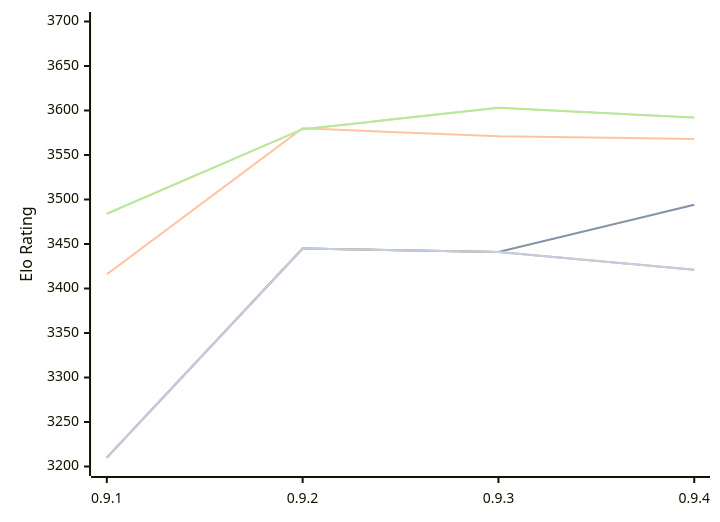
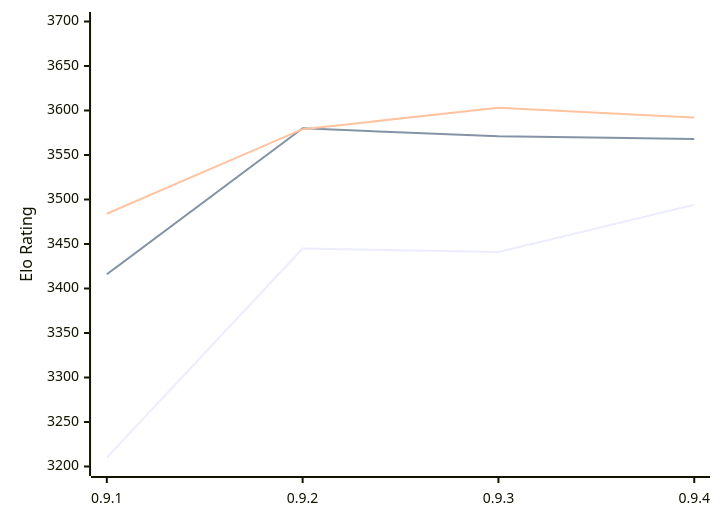
The diagram in engines/Coda.md (computer-chess-index/cci), drawn with Mermaid before and after one commit. The commit also changed other lines of this file, not shown here.

````diff
--- a/engines/Coda.md
+++ b/engines/Coda.md
@@ -50,13 +50,9 @@
 ```mermaid
 %%{init: {"theme":"base","themeVariables":{"seriesColors:['#a3a3a3','#222221','#faa371']}}}%%
 xychart-beta
   x-axis ["0.9.1", "0.9.2", "0.9.3", "0.9.4"]
   y-axis "Elo Rating" 3200 --> 3700
-  line "" [3210, 3445, 3441, 3494]
   line "T1: STC (8.0+0.08s)" [3210, 3445, 3441, 3494]
   line "T1: LTC (60.0+0.60s)" [3416, 3580, 3571, 3568]
-  line "" [3484, 3579, 3603, 3592]
   line "T1: VLTC (2m24s+1.12s)" [3484, 3579, 3603, 3592]
-  line "" [3210, 3445, 3441,3421]
-  line "E1: STC (8.0+0.08s)" [3210, 3445, 3441,3421]
 ```
````
